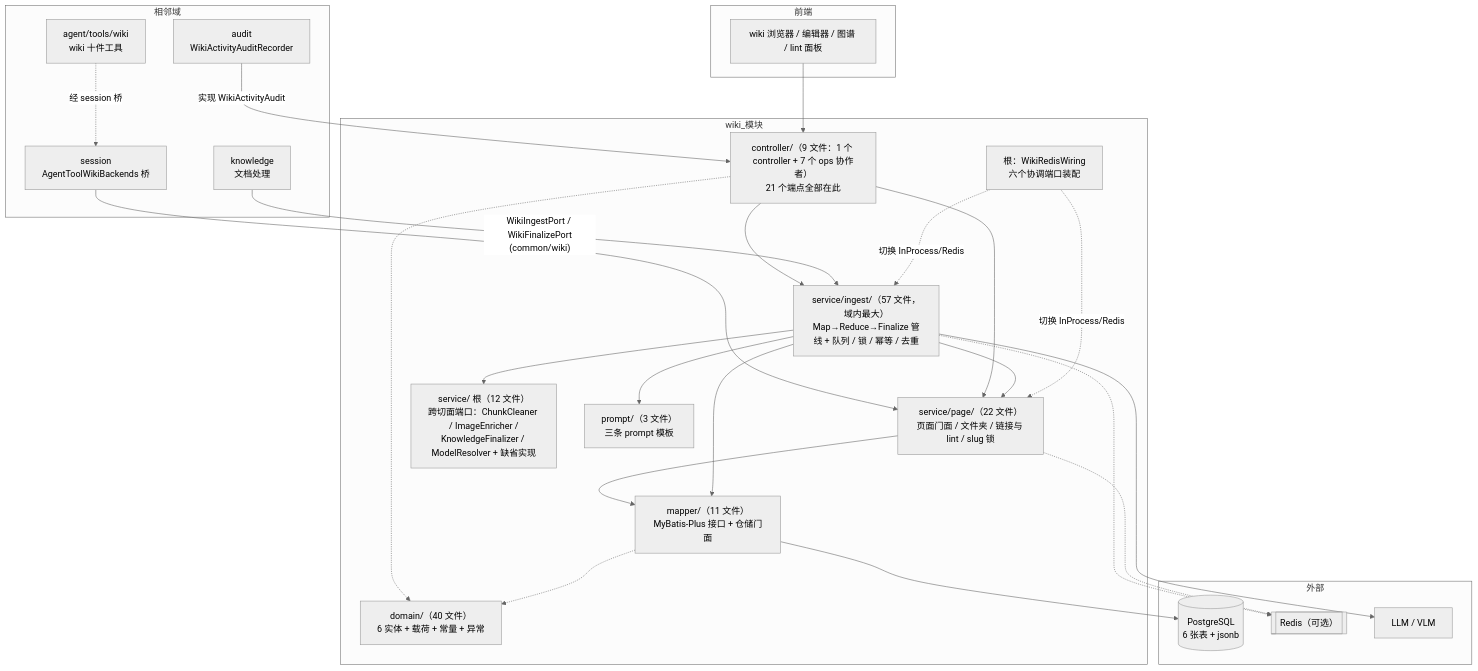
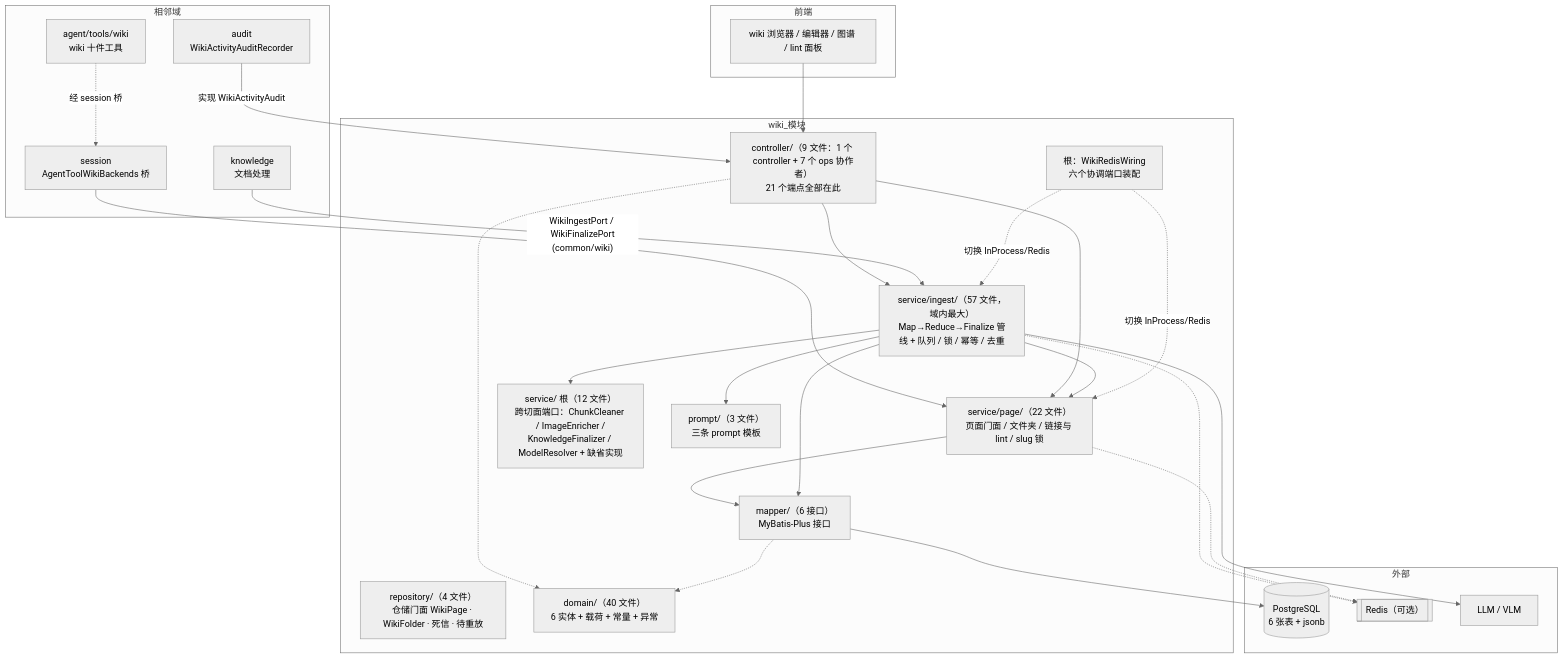
One commit to pmbilly/ragagent changed the first of 6 diagrams in docs/wiki-module-guide.md. Above: the diagram before and after it, drawn with Mermaid (neutral theme). The commit also changed other lines of this file and 80 other files, not shown here.

````diff
--- a/docs/wiki-module-guide.md
+++ b/docs/wiki-module-guide.md
@@ -31,46 +31,47 @@
 ```mermaid
 graph TB
     subgraph 前端
         FE["wiki 浏览器 / 编辑器 / 图谱 / lint 面板"]
     end
 
     subgraph wiki_模块
         CTRL["controller/（9 文件：1 个 controller + 7 个 ops 协作者）<br/>21 个端点全部在此"]
         PAGE["service/page/（22 文件）<br/>页面门面 / 文件夹 / 链接与 lint / slug 锁"]
         ING["service/ingest/（57 文件，域内最大）<br/>Map→Reduce→Finalize 管线 + 队列 / 锁 / 幂等 / 去重"]
         PORT["service/ 根（12 文件）<br/>跨切面端口：ChunkCleaner / ImageEnricher /<br/>KnowledgeFinalizer / ModelResolver + 缺省实现"]
         PRM["prompt/（3 文件）<br/>三条 prompt 模板"]
-        REPO["mapper/（11 文件）<br/>MyBatis-Plus 接口 + 仓储门面"]
+        REPO["mapper/（6 接口）<br/>MyBatis-Plus 接口"]
+        RPO2["repository/（4 文件）<br/>仓储门面 WikiPage · WikiFolder · 死信 · 待重放"]
         DOM["domain/（40 文件）<br/>6 实体 + 载荷 + 常量 + 异常"]
         WIRE["根：WikiRedisWiring<br/>六个协调端口装配"]
     end
 
     subgraph 相邻域
         KB["knowledge<br/>文档处理"]
         AGT["agent/tools/wiki<br/>wiki 十件工具"]
         SES["session<br/>AgentToolWikiBackends 桥"]
         AUD["audit<br/>WikiActivityAuditRecorder"]
     end
 
     subgraph 外部
         PG[("PostgreSQL<br/>6 张表 + jsonb")]
         REDIS[["Redis（可选）"]]
         LLM["LLM / VLM"]
     end
 
     FE --> CTRL
     SES --> PAGE
     CTRL --> PAGE & ING
     ING --> PORT & PRM & PAGE
     PAGE --> REPO
     ING --> REPO
     REPO --> PG
     KB -- "WikiIngestPort / WikiFinalizePort<br/>(common/wiki)" --> ING
     AGT -. 经 session 桥 .-> SES
     AUD -- 实现 WikiActivityAudit --> CTRL
     ING --> LLM
     WIRE -. 切换 InProcess/Redis .-> ING & PAGE
     ING & PAGE -.-> REDIS
     CTRL -.-> DOM
     REPO -.-> DOM
 ```
````
